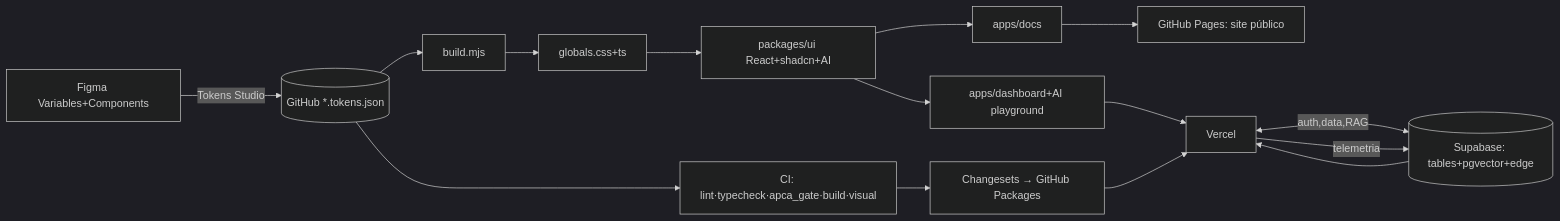
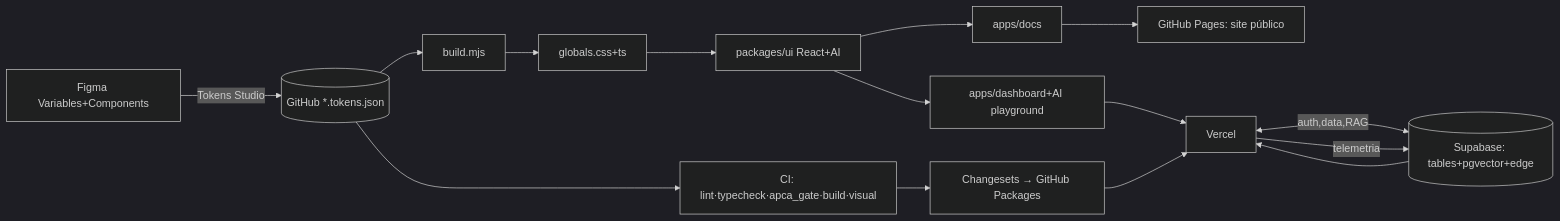
Before and after one commit to LouizeB/flytrapds: the diagram in docs/06-pipeline.md, drawn with Mermaid (dark theme). The commit also changed other lines of this file and 21 other files, not shown here.

````diff
--- a/docs/06-pipeline.md
+++ b/docs/06-pipeline.md
@@ -5,12 +5,12 @@
 ```mermaid
 flowchart LR
   A[Figma Variables+Components] -->|Tokens Studio| B[(GitHub *.tokens.json)]
-  B --> C[build.mjs] --> D[globals.css+ts] --> E[packages/ui React+shadcn+AI] --> F[apps/docs]
+  B --> C[build.mjs] --> D[globals.css+ts] --> E[packages/ui React+AI] --> F[apps/docs]
   B --> G[CI: lint·typecheck·apca_gate·build·visual]
   G --> H[Changesets → GitHub Packages]
   F --> P[GitHub Pages: site público]
   E --> K[apps/dashboard+AI playground] --> L[Vercel]
   H --> L
   L <-->|auth,data,RAG| M[(Supabase: tables+pgvector+edge)]
   L -->|telemetria| M --> L
 ```
````
